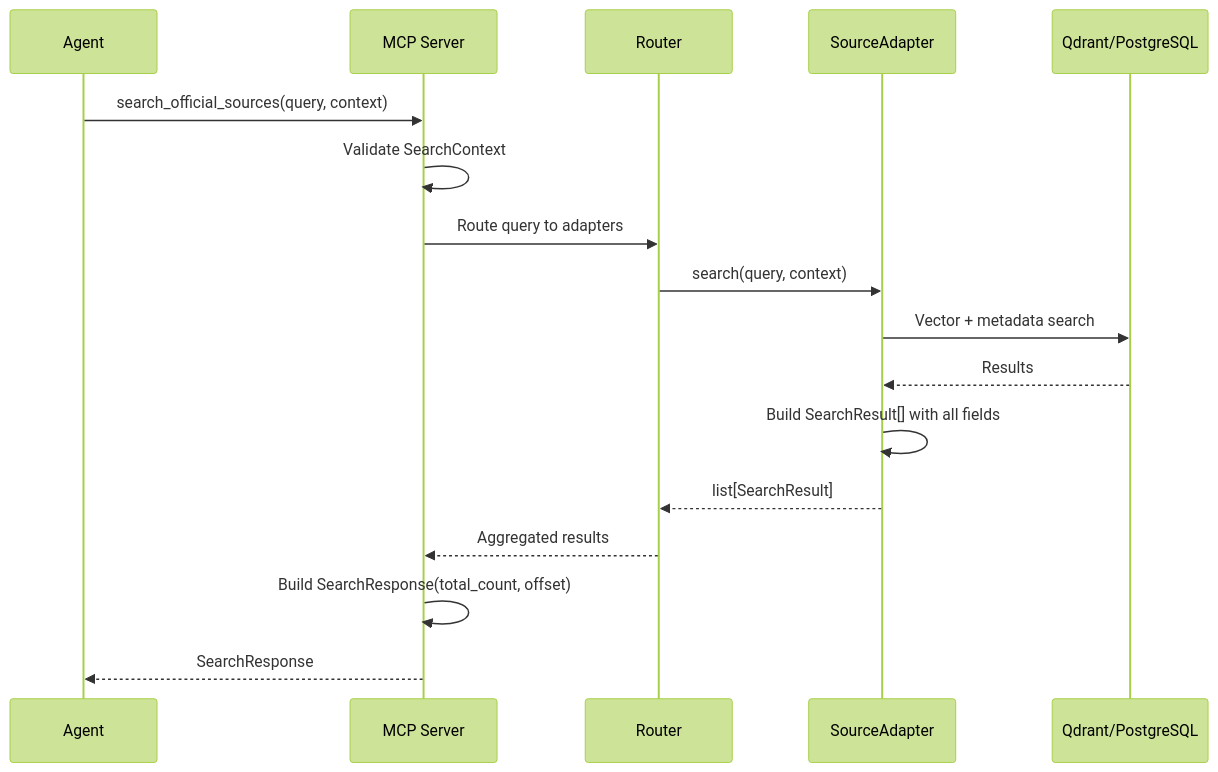
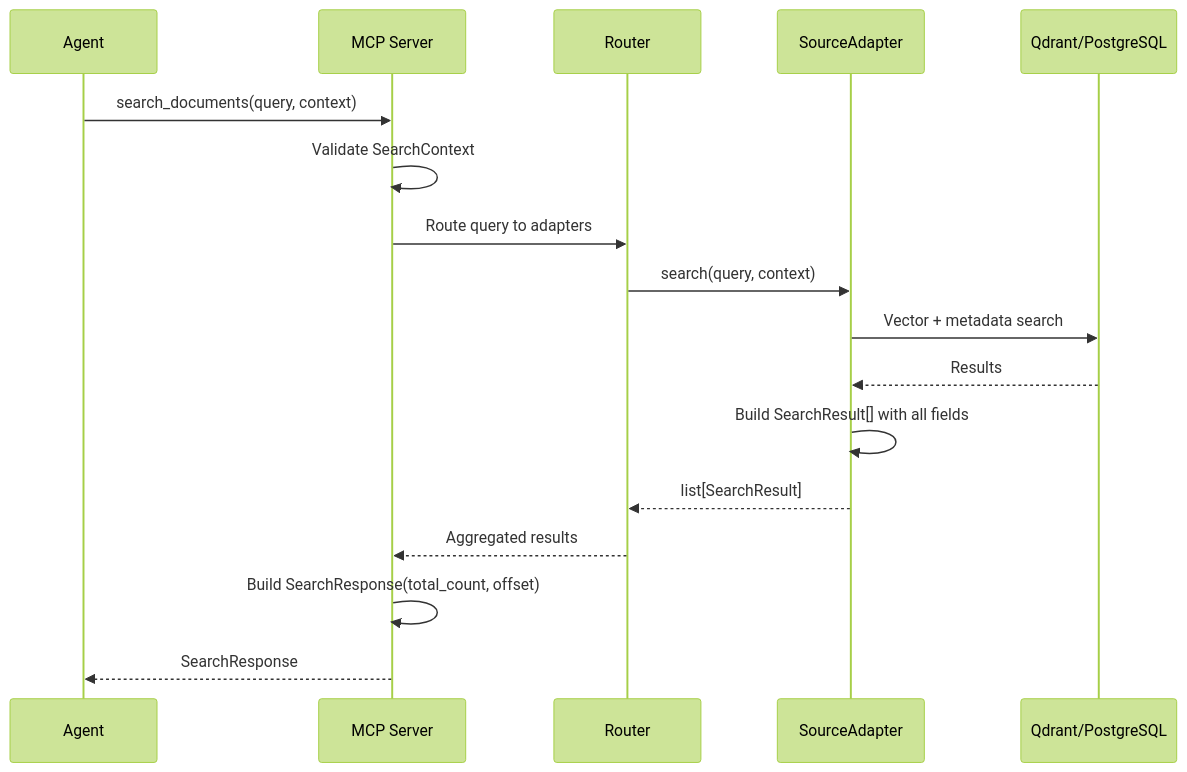
The second of 6 diagrams in plans/data-structures-design.md (igorvolk1961/gov_data_layer), drawn with Mermaid (forest theme) before and after one commit. The commit also changed other lines of this file and 14 other files, not shown here.

````diff
--- a/plans/data-structures-design.md
+++ b/plans/data-structures-design.md
@@ -272,20 +272,20 @@
 ```mermaid
 sequenceDiagram
     participant Agent
     participant MCP as MCP Server
     participant Router
     participant Adapter as SourceAdapter
     participant Index as Qdrant/PostgreSQL
 
-    Agent->>MCP: search_official_sources(query, context)
+    Agent->>MCP: search_documents(query, context)
     MCP->>MCP: Validate SearchContext
     MCP->>Router: Route query to adapters
     Router->>Adapter: search(query, context)
     Adapter->>Index: Vector + metadata search
     Index-->>Adapter: Results
     Adapter->>Adapter: Build SearchResult[] with all fields
     Adapter-->>Router: list[SearchResult]
     Router-->>MCP: Aggregated results
     MCP->>MCP: Build SearchResponse(total_count, offset)
     MCP-->>Agent: SearchResponse
 ```
````
